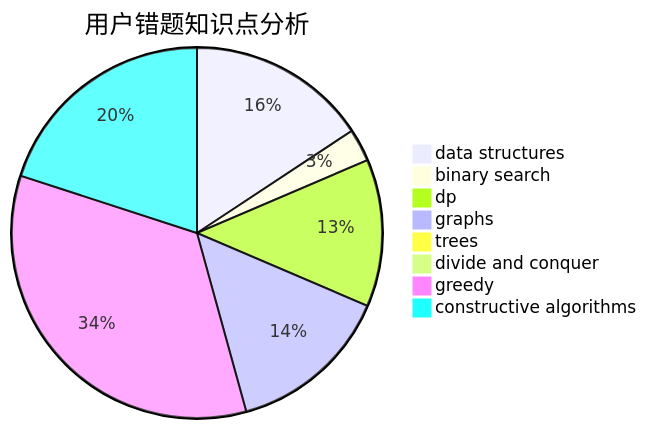
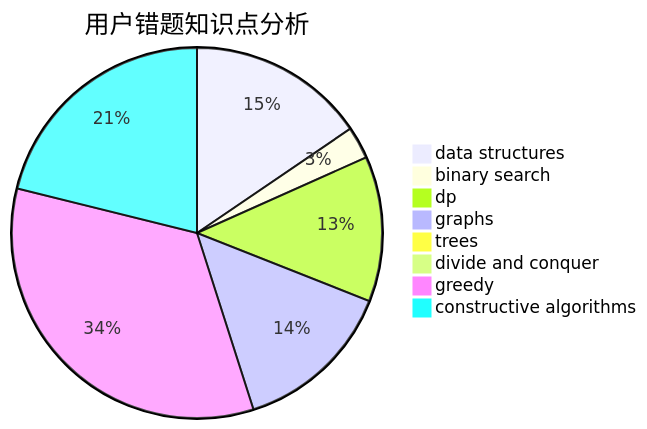
Before and after one commit to sherpahu/cfrs.github.io: the third of 3 diagrams in docs/user/u764.md, drawn with Mermaid. The commit also changed other lines of this file and 2770 other files, not shown here.

````diff
--- a/docs/user/u764.md
+++ b/docs/user/u764.md
@@ -36,11 +36,11 @@
 ```mermaid
 pie title 用户错题知识点分析
     "data structures" :  11
     "binary search" :  2
     "dp" :  9
     "graphs" :  10
     "trees" :  0
     "divide and conquer" :  0
     "greedy" :  24
-    "constructive algorithms" :  14
+    "constructive algorithms" :  15
 ```
````
